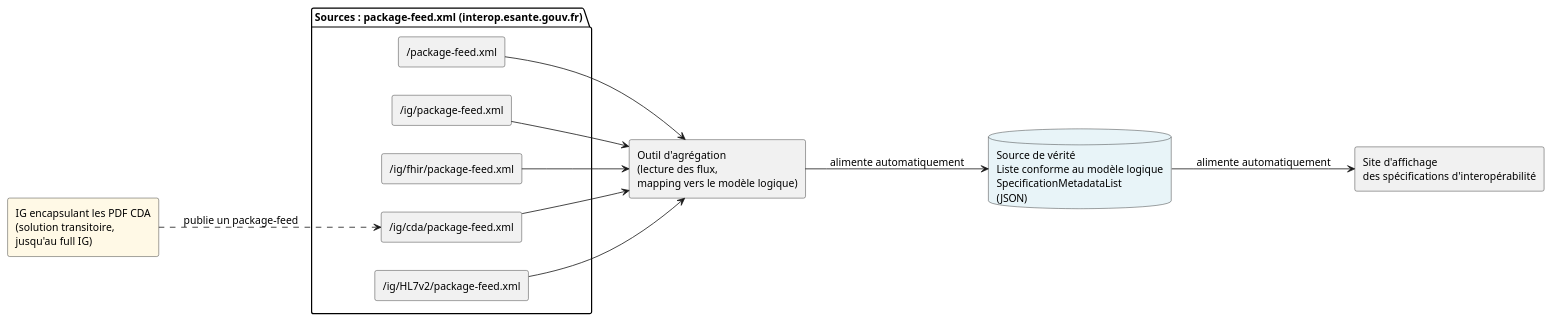
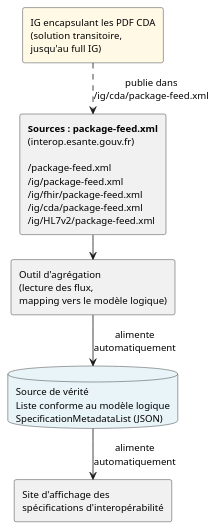
One commit to nriss/metadata-interop-catalog changed the diagram in input/images-source/flux-alimentation.plantuml. Above: the diagram before and after it, drawn with PlantUML.

Commit message:
Schéma PlantUML plus compact (flux regroupés, disposition verticale, largeur limitée)

```diff
--- a/input/images-source/flux-alimentation.plantuml
+++ b/input/images-source/flux-alimentation.plantuml
@@ -1,31 +1,22 @@
 @startuml flux-alimentation
 skinparam shadowing false
-skinparam componentStyle rectangle
-skinparam defaultFontSize 13
-left to right direction
+skinparam defaultFontSize 12
+skinparam nodesep 20
+skinparam ranksep 30
+scale max 800 width
 
-package "Sources : package-feed.xml (interop.esante.gouv.fr)" as sources {
-  rectangle "/package-feed.xml" as feed_root
-  rectangle "/ig/package-feed.xml" as feed_ig
-  rectangle "/ig/fhir/package-feed.xml" as feed_fhir
-  rectangle "/ig/cda/package-feed.xml" as feed_cda
-  rectangle "/ig/HL7v2/package-feed.xml" as feed_hl7v2
-}
+rectangle "**Sources : package-feed.xml**\n(interop.esante.gouv.fr)\n\n/package-feed.xml\n/ig/package-feed.xml\n/ig/fhir/package-feed.xml\n/ig/cda/package-feed.xml\n/ig/HL7v2/package-feed.xml" as feeds
 
 rectangle "IG encapsulant les PDF CDA\n(solution transitoire,\njusqu'au full IG)" as ig_pdf #fff9e6
 
 rectangle "Outil d'agrégation\n(lecture des flux,\nmapping vers le modèle logique)" as tool
 
-database "Source de vérité\nListe conforme au modèle logique\nSpecificationMetadataList\n(JSON)" as truth #e8f4f8
+database "Source de vérité\nListe conforme au modèle logique\nSpecificationMetadataList (JSON)" as truth #e8f4f8
 
-rectangle "Site d'affichage\ndes spécifications d'interopérabilité" as site
+rectangle "Site d'affichage des\nspécifications d'interopérabilité" as site
 
-feed_root --> tool
-feed_ig --> tool
-feed_fhir --> tool
-feed_cda --> tool
-feed_hl7v2 --> tool
-ig_pdf ..> feed_cda : publie un package-feed
-tool --> truth : alimente automatiquement
-truth --> site : alimente automatiquement
+ig_pdf ..> feeds : publie dans\n/ig/cda/package-feed.xml
+feeds --> tool
+tool --> truth : alimente\nautomatiquement
+truth --> site : alimente\nautomatiquement
 @enduml
```
